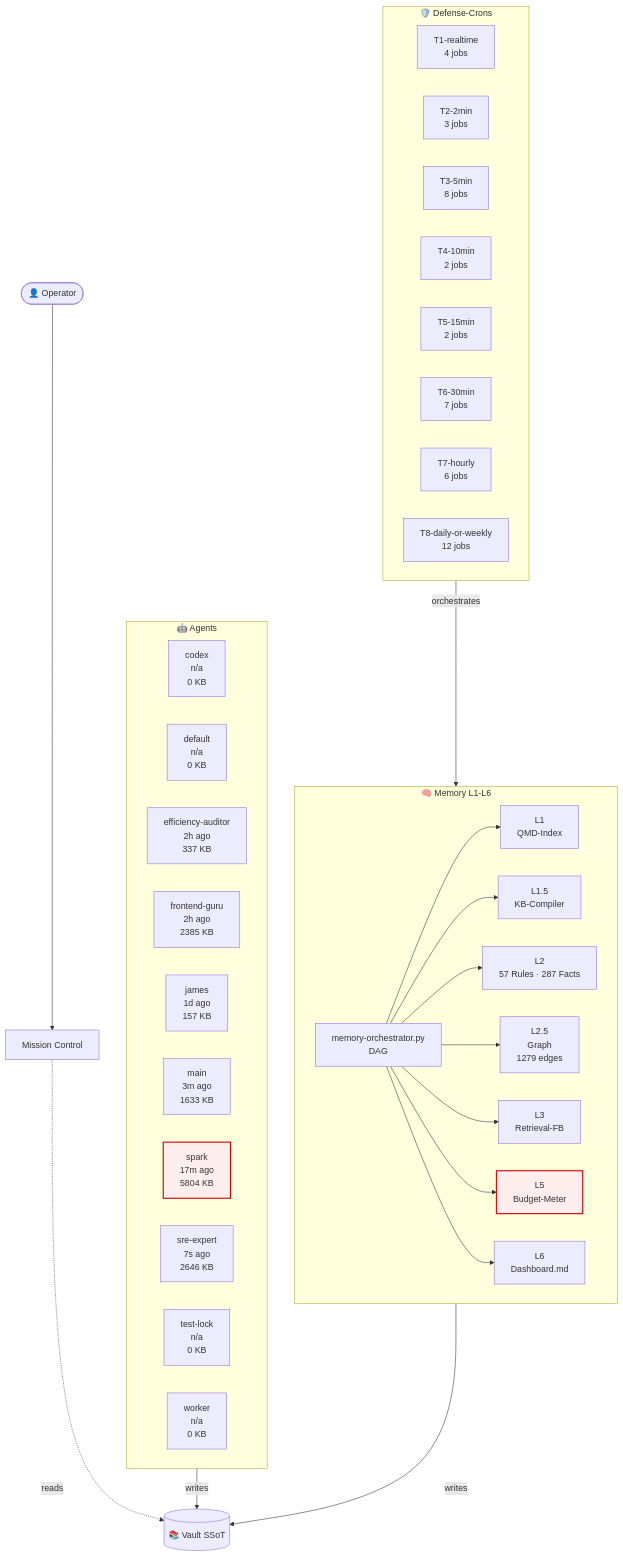
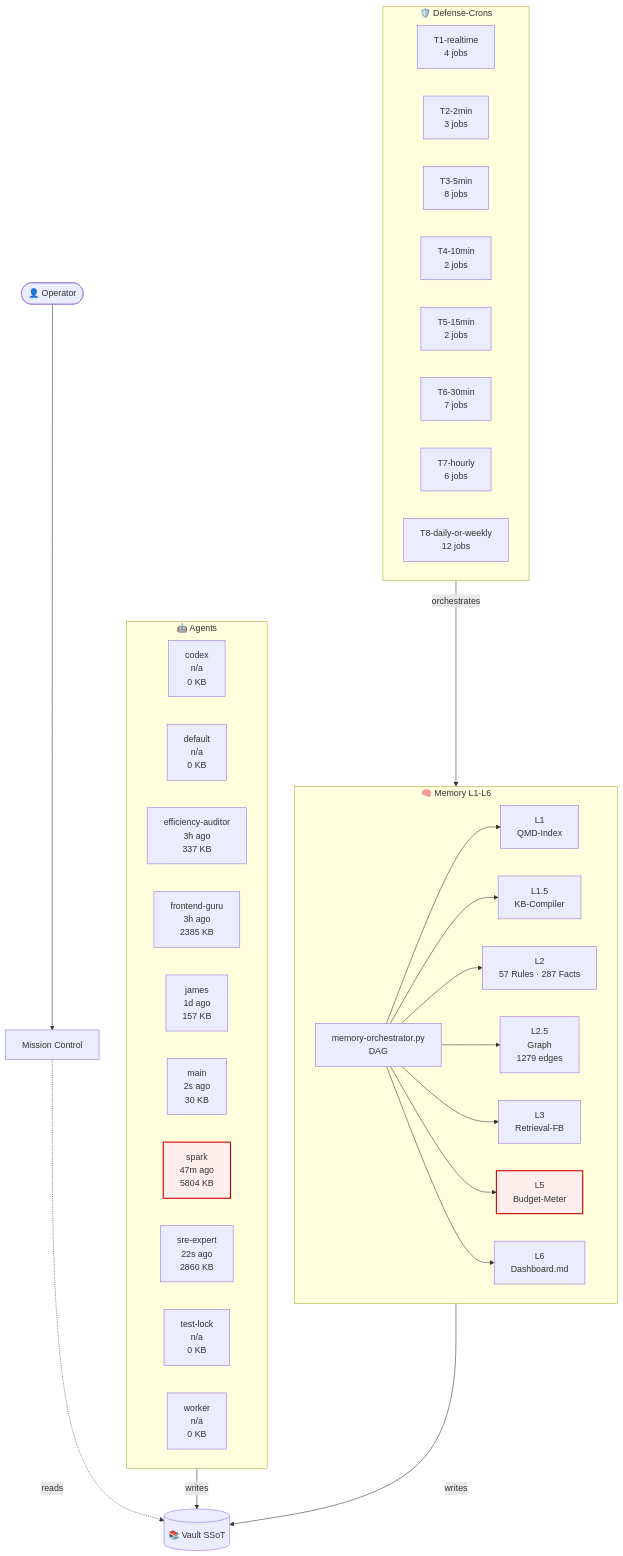
One commit to lenardhuebner88-rgb/openclaw-memory changed the diagram in 03-Agents/architecture-live.md. Above: the diagram before and after it, drawn with Mermaid. The commit also changed other lines of this file and 4 other files, not shown here.

````diff
--- a/03-Agents/architecture-live.md
+++ b/03-Agents/architecture-live.md
@@ -18,53 +18,53 @@
 ```mermaid
 flowchart TB
     classDef critical fill:#fee,stroke:#c00,stroke-width:2px;
     subgraph AGT["🤖 Agents"]
         agent_codex["codex<br/>n/a<br/>0 KB"]
         agent_default["default<br/>n/a<br/>0 KB"]
-        agent_efficiency_auditor["efficiency-auditor<br/>2h ago<br/>337 KB"]
-        agent_frontend_guru["frontend-guru<br/>2h ago<br/>2385 KB"]
+        agent_efficiency_auditor["efficiency-auditor<br/>3h ago<br/>337 KB"]
+        agent_frontend_guru["frontend-guru<br/>3h ago<br/>2385 KB"]
         agent_james["james<br/>1d ago<br/>157 KB"]
-        agent_main["main<br/>3m ago<br/>1633 KB"]
-        agent_spark["spark<br/>17m ago<br/>5804 KB"]
-        agent_sre_expert["sre-expert<br/>7s ago<br/>2646 KB"]
+        agent_main["main<br/>2s ago<br/>30 KB"]
+        agent_spark["spark<br/>47m ago<br/>5804 KB"]
+        agent_sre_expert["sre-expert<br/>22s ago<br/>2860 KB"]
         agent_test_lock["test-lock<br/>n/a<br/>0 KB"]
         agent_worker["worker<br/>n/a<br/>0 KB"]
     end
     subgraph MEM["🧠 Memory L1-L6"]
         L1["L1<br/>QMD-Index"]
         L15["L1.5<br/>KB-Compiler"]
         L2["L2<br/>57 Rules · 287 Facts"]
         L25["L2.5<br/>Graph<br/>1279 edges"]
         L3["L3<br/>Retrieval-FB"]
         L5["L5<br/>Budget-Meter"]
         L6["L6<br/>Dashboard.md"]
         ORCH["memory-orchestrator.py<br/>DAG"]
     end
     subgraph CRN["🛡️ Defense-Crons"]
         tier_T1_realtime["T1-realtime<br/>4 jobs"]
         tier_T2_2min["T2-2min<br/>3 jobs"]
         tier_T3_5min["T3-5min<br/>8 jobs"]
         tier_T4_10min["T4-10min<br/>2 jobs"]
         tier_T5_15min["T5-15min<br/>2 jobs"]
         tier_T6_30min["T6-30min<br/>7 jobs"]
         tier_T7_hourly["T7-hourly<br/>6 jobs"]
         tier_T8_daily_or_weekly["T8-daily-or-weekly<br/>12 jobs"]
     end
     VAULT[("📚 Vault SSoT")]
     OP([👤 Operator])
     MC["Mission Control"]
     OP --> MC
     MC -.reads.-> VAULT
     AGT -->|writes| VAULT
     MEM -->|writes| VAULT
     ORCH --> L1
     ORCH --> L15
     ORCH --> L2
     ORCH --> L25
     ORCH --> L3
     ORCH --> L5
     ORCH --> L6
     CRN -->|orchestrates| MEM
     class L5 critical
     class agent_spark critical
 ```
````
